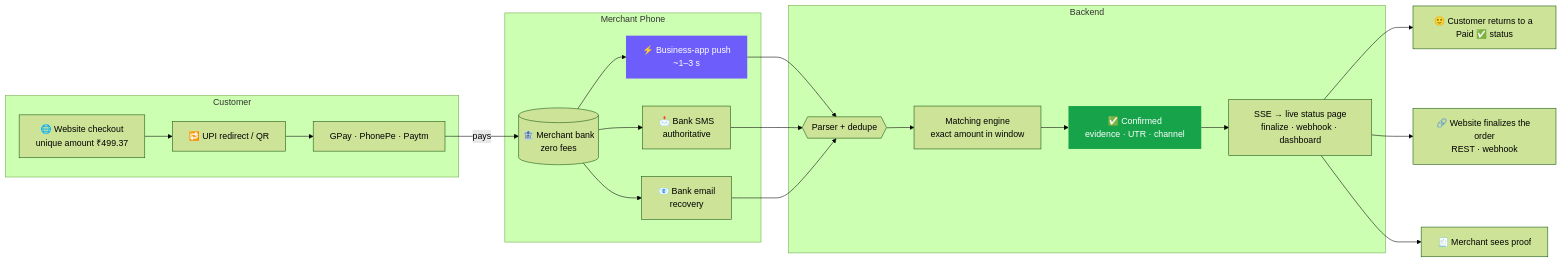
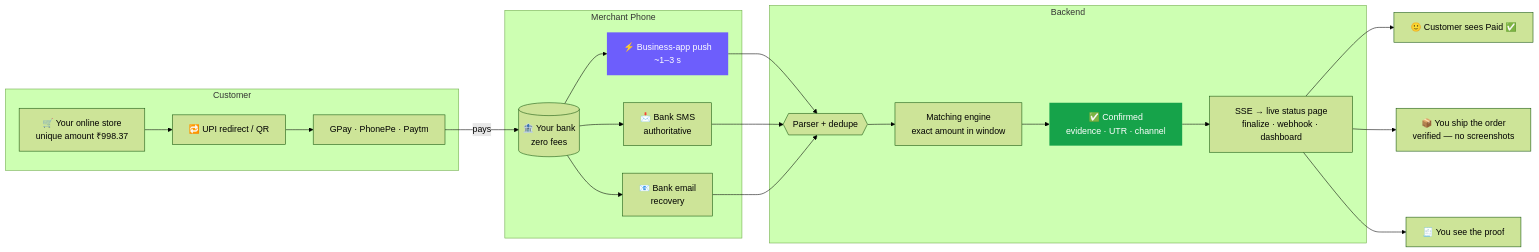
The first of 2 diagrams in README.md (aravind220806/Paid_Sure), drawn with Mermaid (forest theme) before and after one commit. The commit also changed other lines of this file, not shown here.

First line of the commit message:
docs: README rewrite — built for small online product sellers

````diff
--- a/README.md
+++ b/README.md
@@ -78,30 +176,30 @@
 ```mermaid
 flowchart LR
     subgraph Customer
-        A[🌐 Website checkout<br/>unique amount ₹499.37] --> B[🔁 UPI redirect / QR]
+        A[🛒 Your online store<br/>unique amount ₹998.37] --> B[🔁 UPI redirect / QR]
         B --> C[GPay · PhonePe · Paytm]
     end
 
     subgraph Merchant Phone
-        C -->|pays| D[(🏦 Merchant bank<br/>zero fees)]
+        C -->|pays| D[(🏦 Your bank<br/>zero fees)]
         D --> E[⚡ Business-app push<br/>~1–3 s]
         D --> F[📩 Bank SMS<br/>authoritative]
         D --> G[📧 Bank email<br/>recovery]
     end
 
     subgraph Backend
         E & F & G --> H{{Parser + dedupe}}
         H --> I[Matching engine<br/>exact amount in window]
         I --> J[✅ Confirmed<br/>evidence · UTR · channel]
         J --> K[SSE → live status page<br/>finalize · webhook · dashboard]
     end
 
-    K --> L[🙂 Customer returns to a Paid ✅ status]
-    K --> N[🔗 Website finalizes the order<br/>REST · webhook]
-    K --> M[🧾 Merchant sees proof]
+    K --> L[🙂 Customer sees Paid ✅]
+    K --> N[📦 You ship the order<br/>verified — no screenshots]
+    K --> M[🧾 You see the proof]
 
     classDef fast fill:#6D5EFC,color:#fff,stroke:none
     classDef ok fill:#16A34A,color:#fff,stroke:none
     class E fast
     class J ok
 ```
````
